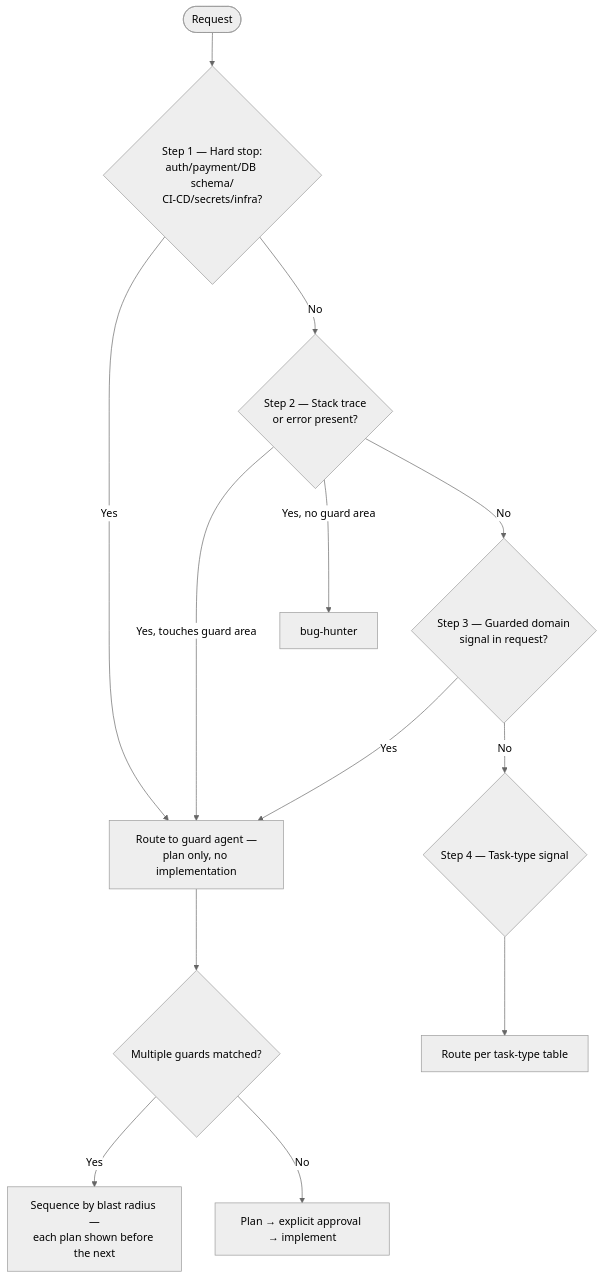
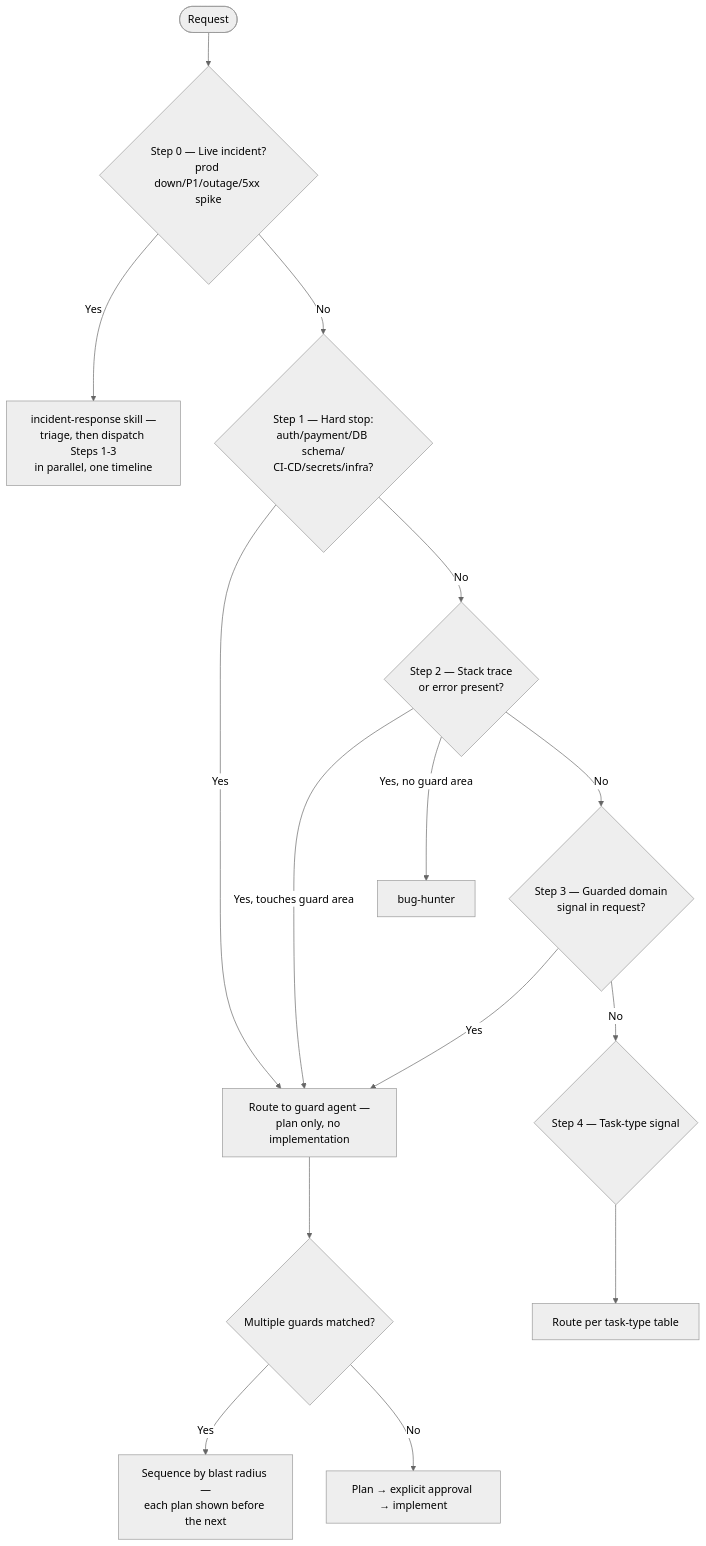
The diagram in agents/ROUTING.md (mtvrkan/senior-dev-kit), drawn with Mermaid (neutral theme) before and after one commit. The commit also changed other lines of this file and 96 other files, not shown here.

````diff
--- a/agents/ROUTING.md
+++ b/agents/ROUTING.md
@@ -9,15 +9,17 @@
 ```mermaid
 flowchart TD
-    Start([Request]) --> S1{"Step 1 — Hard stop:<br/>auth/payment/DB schema/<br/>CI-CD/secrets/infra?"}
+    Start([Request]) --> S0{"Step 0 — Live incident?<br/>prod down/P1/outage/5xx spike"}
+    S0 -->|Yes| Incident["incident-response skill —<br/>triage, then dispatch Steps 1-3<br/>in parallel, one timeline"]
+    S0 -->|No| S1{"Step 1 — Hard stop:<br/>auth/payment/DB schema/<br/>CI-CD/secrets/infra?"}
     S1 -->|Yes| Guard[Route to guard agent —<br/>plan only, no implementation]
     S1 -->|No| S2{"Step 2 — Stack trace<br/>or error present?"}
     S2 -->|Yes, touches guard area| Guard
     S2 -->|Yes, no guard area| BugHunter[bug-hunter]
     S2 -->|No| S3{"Step 3 — Guarded domain<br/>signal in request?"}
     S3 -->|Yes| Guard
     S3 -->|No| S4{"Step 4 — Task-type signal"}
     S4 --> Table[Route per task-type table]
     Guard --> Multi{Multiple guards matched?}
     Multi -->|Yes| Sequence["Sequence by blast radius —<br/>each plan shown before the next"]
     Multi -->|No| Approve[Plan → explicit approval → implement]
 ```
````
